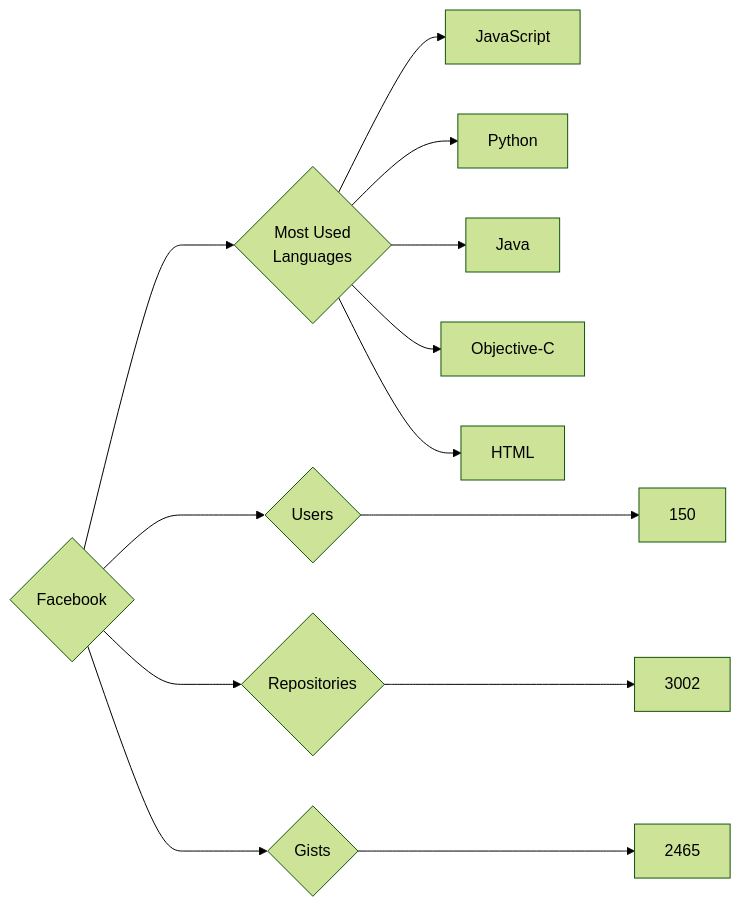
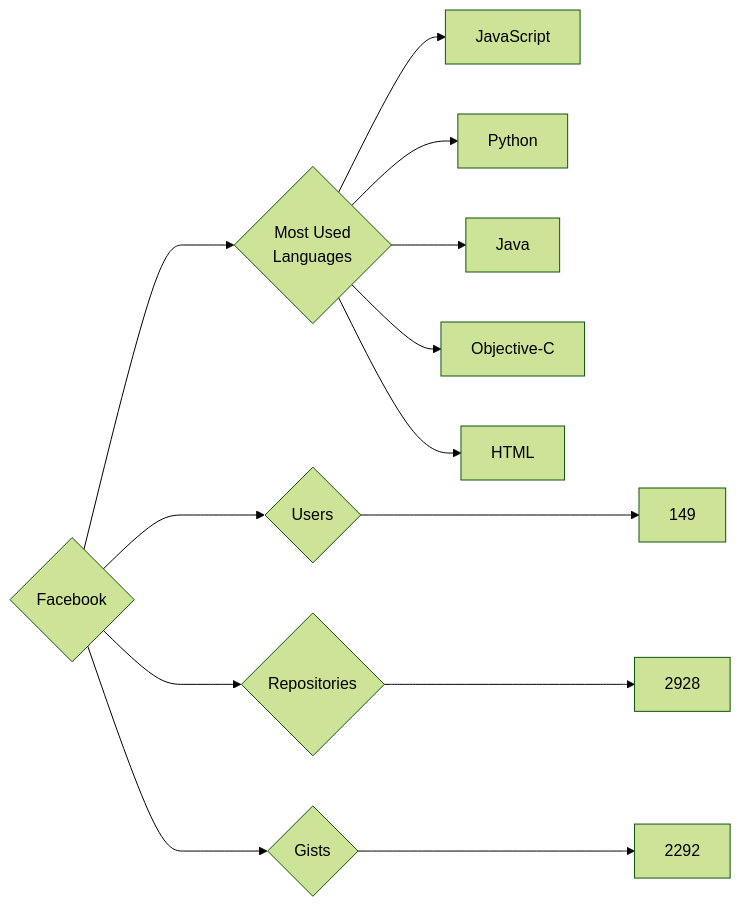
The diagram in targets/Facebook/README.md (trickest/insiders), drawn with Mermaid (forest theme) before and after one commit. The commit also changed 644 other files, not shown here.

````diff
--- a/targets/Facebook/README.md
+++ b/targets/Facebook/README.md
@@ -3,13 +3,13 @@
 ```mermaid
 graph LR
 COMPANY_NAME{Facebook}
-COMPANY_NAME ---> U{Users} ---> UN[150]
-COMPANY_NAME ---> R{Repositories} ---> RN[3002]
-COMPANY_NAME ---> G{Gists} ---> GN[2465]
+COMPANY_NAME ---> U{Users} ---> UN[149]
+COMPANY_NAME ---> R{Repositories} ---> RN[2928]
+COMPANY_NAME ---> G{Gists} ---> GN[2292]
 COMPANY_NAME ---> ML{Most Used<br>Languages}
 ML --> JavaScript[JavaScript]
 ML --> Python[Python]
 ML --> Java[Java]
 ML --> Objective-C[Objective-C]
 ML --> HTML[HTML]
 ```
````
